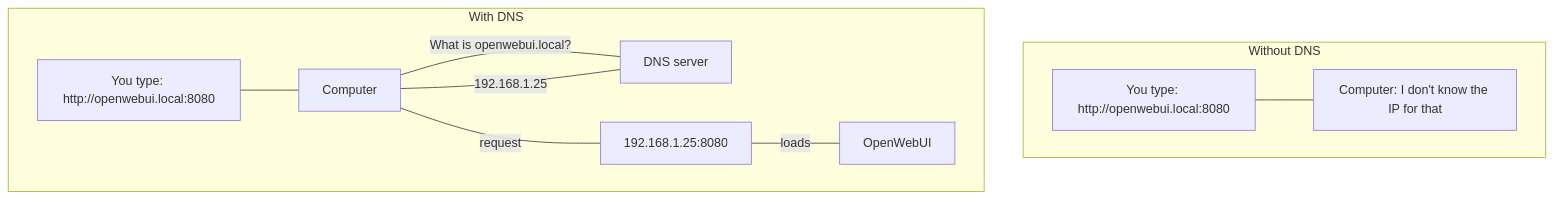
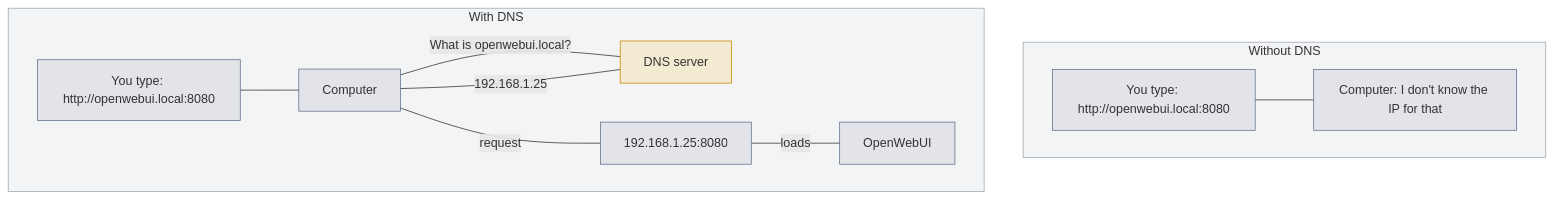
Before and after one commit to mithun3/tech-blog: the first of 3 diagrams in content/pages/networking/basics/dns-fundamentals.mdx, drawn with Mermaid. The commit also changed other lines of this file and 8 other files, not shown here.

Commit message:
mermaid updates.

````diff
--- a/content/pages/networking/basics/dns-fundamentals.mdx
+++ b/content/pages/networking/basics/dns-fundamentals.mdx
@@ -16,14 +16,28 @@
 ```mermaid
+---
+config:
+  look: classic
+  fontFamily: "system-ui, -apple-system, Segoe UI, Roboto, Helvetica, Arial, sans-serif"
+  themeCSS: ".node rect, .cluster rect { rx: 6px; ry: 6px; }"
+  flowchart:
+    wrappingWidth: 200
+  themeVariables:
+    mainBkg: "#64748b1f"
+    nodeBorder: "#64748b"
+    clusterBkg: "#64748b14"
+    clusterBorder: "#64748b99"
+---
 flowchart TD
   subgraph Without_DNS [Without DNS]
     W_You["You type: http://openwebui.local:8080"] --- W_Comp["Computer: I don't know the IP for that"]
   end
   
   subgraph With_DNS [With DNS]
     You["You type: http://openwebui.local:8080"] --- Comp[Computer]
     Comp ---|"What is openwebui.local?"| DNS[DNS server]
     DNS ---|"192.168.1.25"| Comp
     Comp ---|"request"| Server["192.168.1.25:8080"]
     Server ---|"loads"| UI[OpenWebUI]
   end
+  style DNS fill:#eab30826,stroke:#ca8a04
 ```
````
